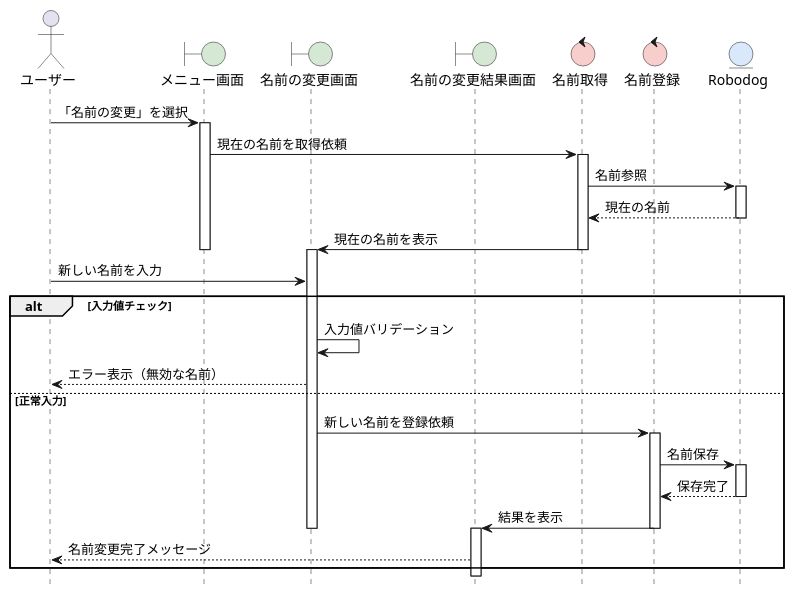
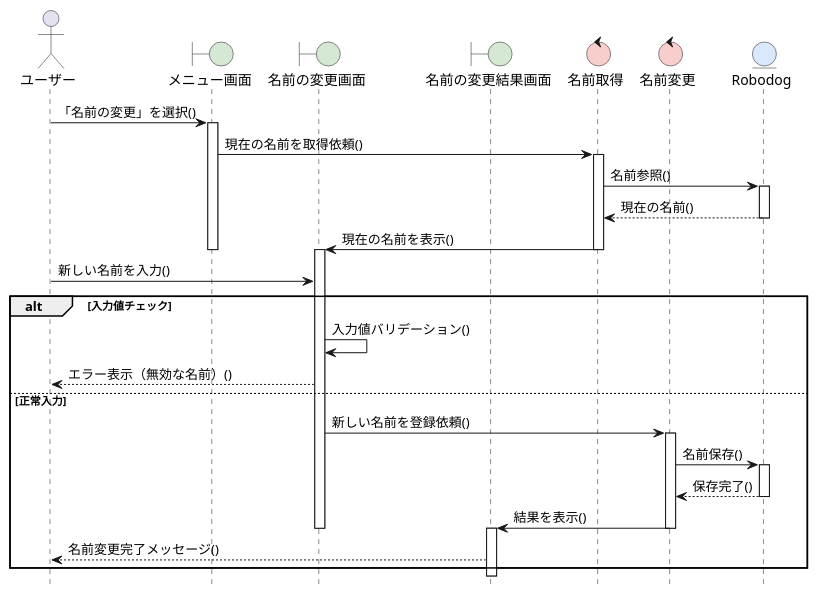
One commit to FujikawaHirono0520/group3_1_dogdog changed the diagram in sequence_change_name.pu. Above: the diagram before and after it, drawn with PlantUML.

```diff
--- a/sequence_change_name.pu
+++ b/sequence_change_name.pu
@@ -1,48 +1,48 @@
 @startuml
 hide footbox
 skinparam boundaryBackgroundColor #D5E8D4
 skinparam controlBackgroundColor  #F8CECC
 skinparam entityBackgroundColor   #DAE8FC
 
 actor ユーザー as A
 boundary メニュー画面 as B1
 boundary 名前の変更画面 as B2
 boundary 名前の変更結果画面 as B3
 control 名前取得 as C1
-control 名前登録 as C2
+control 名前変更 as C2
 entity Robodog as E
 
-A -> B1: 「名前の変更」を選択
+A -> B1: 「名前の変更」を選択()
 activate B1
 
-B1 -> C1: 現在の名前を取得依頼
+B1 -> C1: 現在の名前を取得依頼()
 activate C1
-C1 -> E: 名前参照
+C1 -> E: 名前参照()
 activate E
-E --> C1: 現在の名前
+E --> C1: 現在の名前()
 deactivate E
-C1 -> B2: 現在の名前を表示
+C1 -> B2: 現在の名前を表示()
 deactivate C1
 deactivate B1
 activate B2
 
-A -> B2: 新しい名前を入力
+A -> B2: 新しい名前を入力()
 
 alt 入力値チェック
-    B2 -> B2: 入力値バリデーション
-    B2 --> A: エラー表示（無効な名前）
+    B2 -> B2: 入力値バリデーション()
+    B2 --> A: エラー表示（無効な名前）()
 else 正常入力
-    B2 -> C2: 新しい名前を登録依頼
+    B2 -> C2: 新しい名前を登録依頼()
     activate C2
-    C2 -> E: 名前保存
+    C2 -> E: 名前保存()
     activate E
-    E --> C2: 保存完了
+    E --> C2: 保存完了()
     deactivate E
-    C2 -> B3: 結果を表示
+    C2 -> B3: 結果を表示()
     deactivate C2
     deactivate B2
     activate B3
-    B3 --> A: 名前変更完了メッセージ
+    B3 --> A: 名前変更完了メッセージ()
 end
 
 @enduml
```
